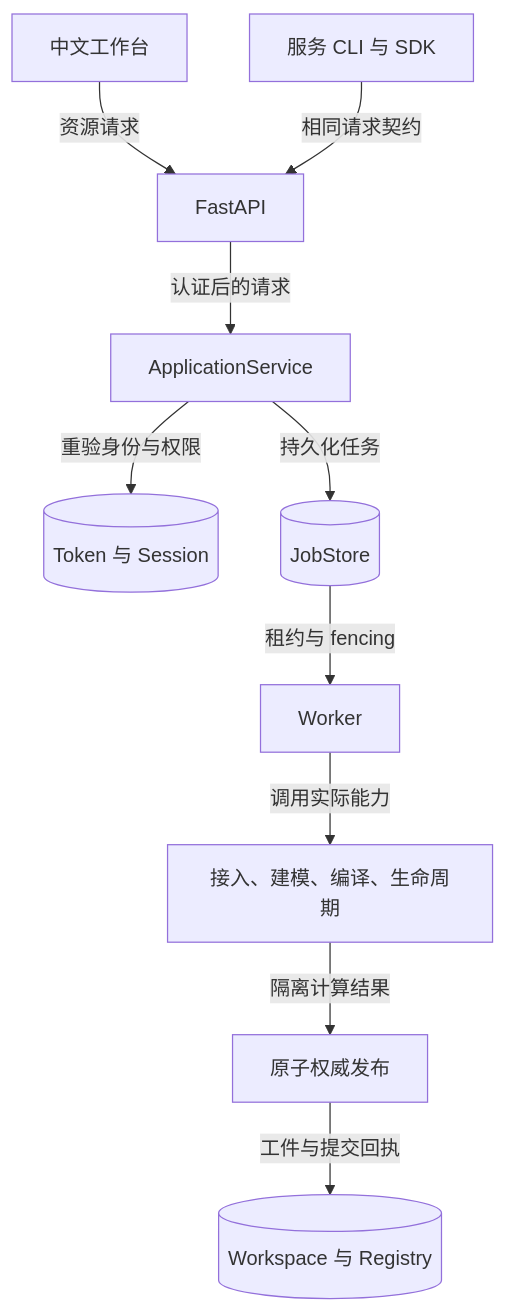
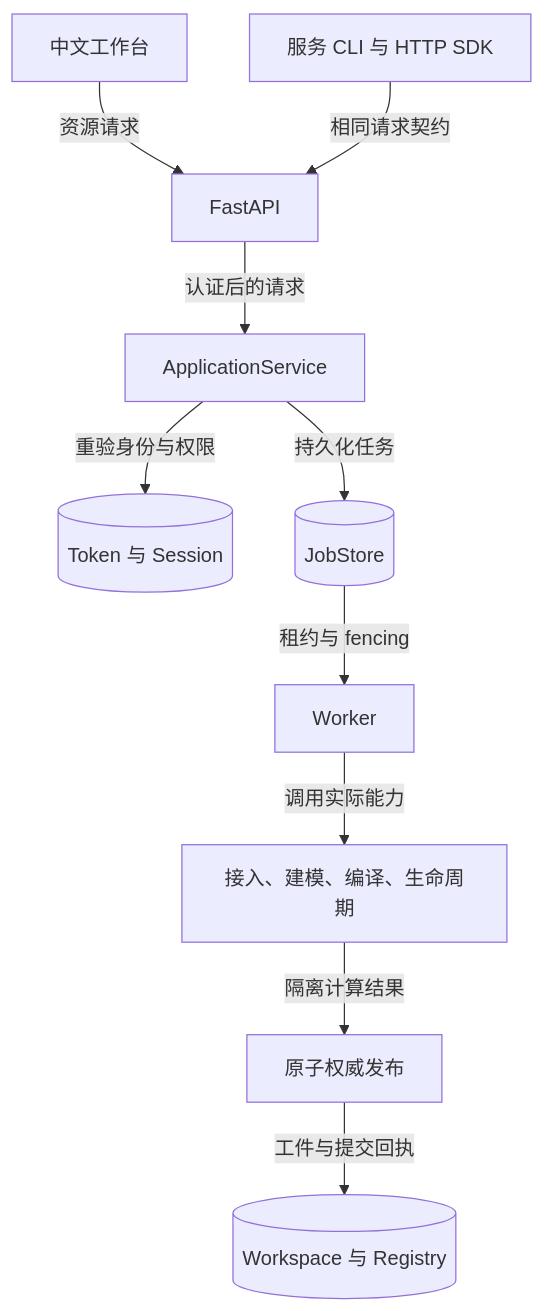
One commit to Yangjunjie-Lin/KG-MNP-Demo changed the first of 4 diagrams in docs/architecture/toolchain.md. Above: the diagram before and after it, drawn with Mermaid. The commit also changed other lines of this file and 88 other files, not shown here.

````diff
--- a/docs/architecture/toolchain.md
+++ b/docs/architecture/toolchain.md
@@ -7,12 +7,12 @@
 ```mermaid
 flowchart TD
   workbench["中文工作台"] -->|"资源请求"| api["FastAPI"]
-  clients["服务 CLI 与 SDK"] -->|"相同请求契约"| api
+  clients["服务 CLI 与 HTTP SDK"] -->|"相同请求契约"| api
   api -->|"认证后的请求"| service["ApplicationService"]
   service -->|"重验身份与权限"| identity[("Token 与 Session")]
   service -->|"持久化任务"| jobs[("JobStore")]
   jobs -->|"租约与 fencing"| worker["Worker"]
   worker -->|"调用实际能力"| kernel["接入、建模、编译、生命周期"]
   kernel -->|"隔离计算结果"| commit["原子权威发布"]
   commit -->|"工件与提交回执"| workspace[("Workspace 与 Registry")]
 ```
````
